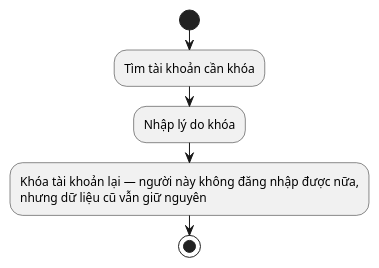
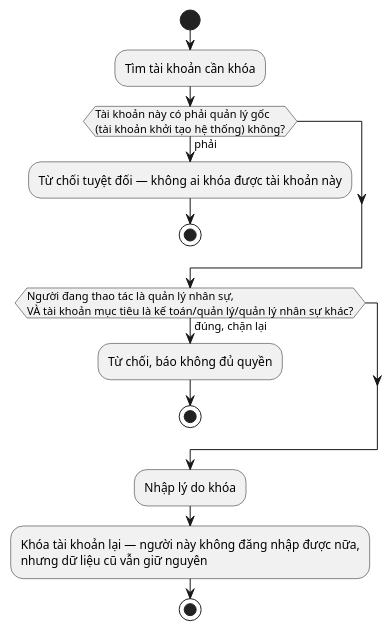
One commit to nguyenvietanhit19/Project1_HeThongQuanLyNhaXeKhachLienTinh changed diagram 46 of 52 in UML_DIAGRAMS.md. Above: the diagram before and after it, drawn with PlantUML. The commit also changed other lines of this file and 4 other files, not shown here.

````diff
--- a/UML_DIAGRAMS.md
+++ b/UML_DIAGRAMS.md
@@ -1000,9 +1099,17 @@
 ```plantuml
 @startuml AD_UC37_KhoaTaiKhoan
 start
 :Tìm tài khoản cần khóa;
+if (Tài khoản này có phải quản lý gốc\n(tài khoản khởi tạo hệ thống) không?) then (phải)
+  :Từ chối tuyệt đối — không ai khóa được tài khoản này;
+  stop
+endif
+if (Người đang thao tác là quản lý nhân sự,\nVÀ tài khoản mục tiêu là kế toán/quản lý/quản lý nhân sự khác?) then (đúng, chặn lại)
+  :Từ chối, báo không đủ quyền;
+  stop
+endif
 :Nhập lý do khóa;
 :Khóa tài khoản lại — người này không đăng nhập được nữa,\nnhưng dữ liệu cũ vẫn giữ nguyên;
 stop
 @enduml
 ```
````
